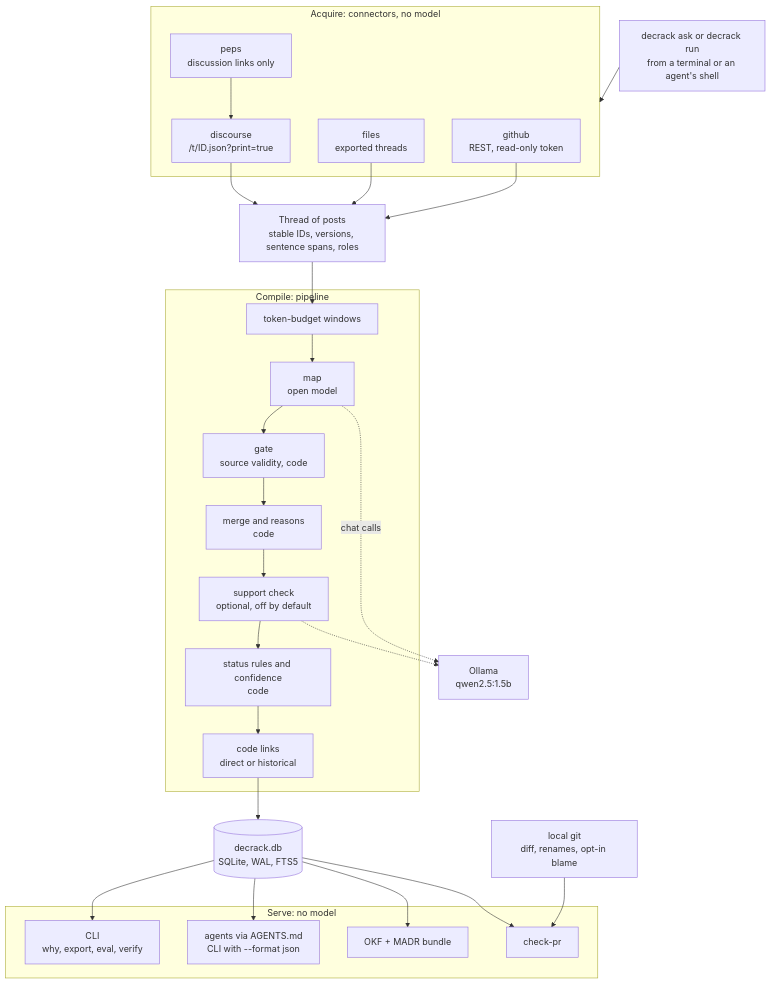
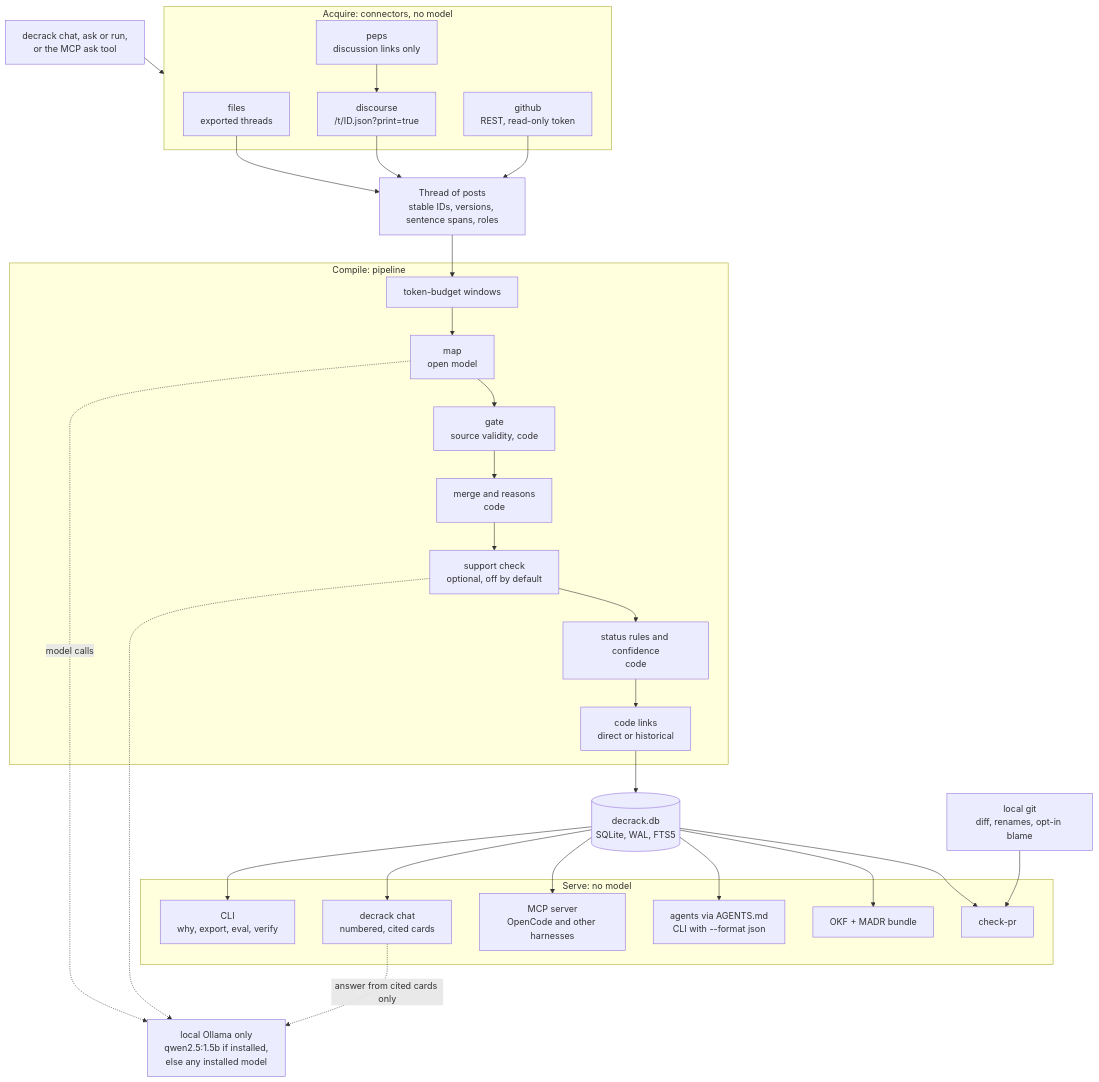
One commit to Madhav-GPT/DecRack changed the second of 9 diagrams in docs/ARCHITECTURE.md. Above: the diagram before and after it, drawn with Mermaid. The commit also changed other lines of this file and 19 other files, not shown here.

````diff
--- a/docs/ARCHITECTURE.md
+++ b/docs/ARCHITECTURE.md
@@ -129,32 +131,35 @@
 ```mermaid
 flowchart TD
     subgraph ACQ["Acquire: connectors, no model"]
         F["files<br/>exported threads"]
         DPO["discourse<br/>/t/ID.json?print=true"]
         GH["github<br/>REST, read-only token"]
         PEP["peps<br/>discussion links only"]
     end
     PEP --> DPO
     F & DPO & GH --> TH["Thread of posts<br/>stable IDs, versions, sentence spans, roles"]
     subgraph CMP["Compile: pipeline"]
         W["token-budget windows"] --> MAP["map<br/>open model"]
         MAP --> GATE["gate<br/>source validity, code"]
         GATE --> CON["merge and reasons<br/>code"]
         CON --> SUP["support check<br/>optional, off by default"]
         SUP --> ST["status rules and confidence<br/>code"]
         ST --> LNK["code links<br/>direct or historical"]
     end
     TH --> W
-    MAP -.->|"chat calls"| OL["Ollama<br/>qwen2.5:1.5b"]
+    MAP -.->|"model calls"| OL["local Ollama only<br/>qwen2.5:1.5b if installed,<br/>else any installed model"]
     SUP -.-> OL
     LNK --> DB[("decrack.db<br/>SQLite, WAL, FTS5")]
     subgraph SRV["Serve: no model"]
         CLI["CLI<br/>why, export, eval, verify"]
+        CHAT["decrack chat<br/>numbered, cited cards"]
+        MCPS["MCP server<br/>OpenCode and other harnesses"]
         AGT["agents via AGENTS.md<br/>CLI with --format json"]
         OKF["OKF + MADR bundle"]
         PRC["check-pr"]
     end
-    DB --> CLI & AGT & OKF & PRC
+    DB --> CLI & CHAT & MCPS & AGT & OKF & PRC
+    CHAT -.->|"answer from cited cards only"| OL
     GIT["local git<br/>diff, renames, opt-in blame"] --> PRC
-    RUN["decrack ask or decrack run<br/>from a terminal or an agent's shell"] --> ACQ
+    RUN["decrack chat, ask or run,<br/>or the MCP ask tool"] --> ACQ
 ```
````
